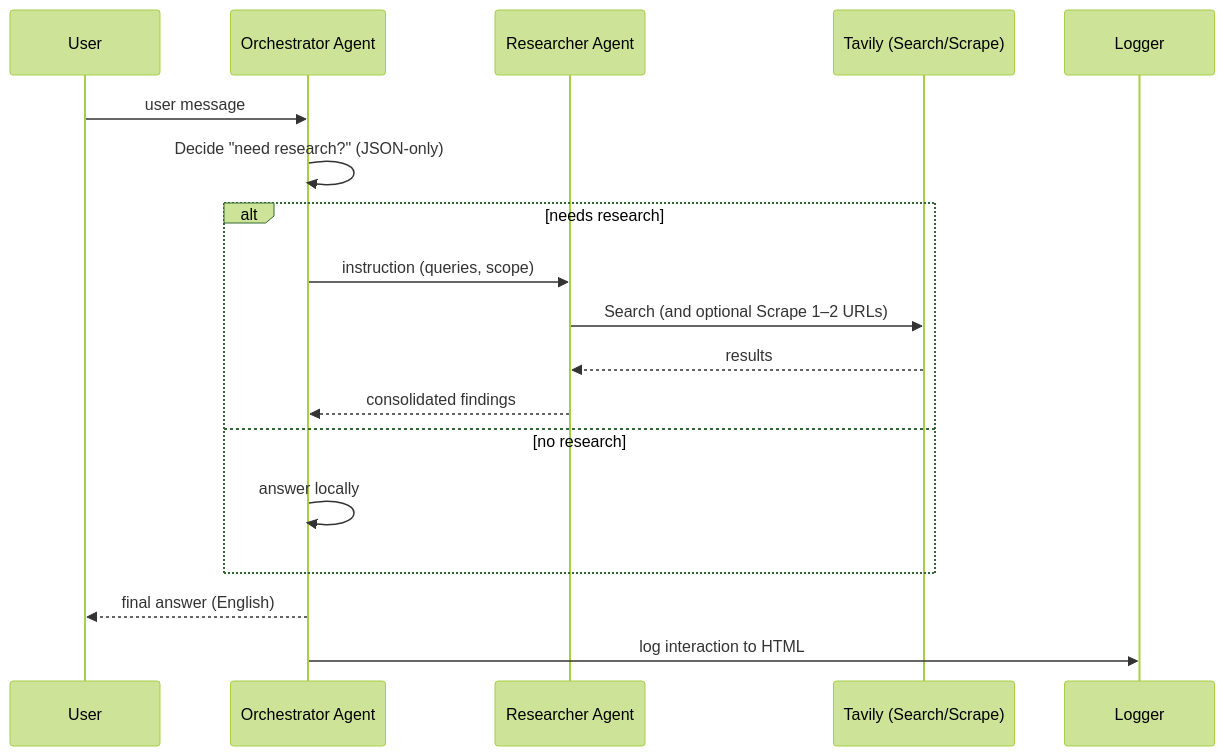
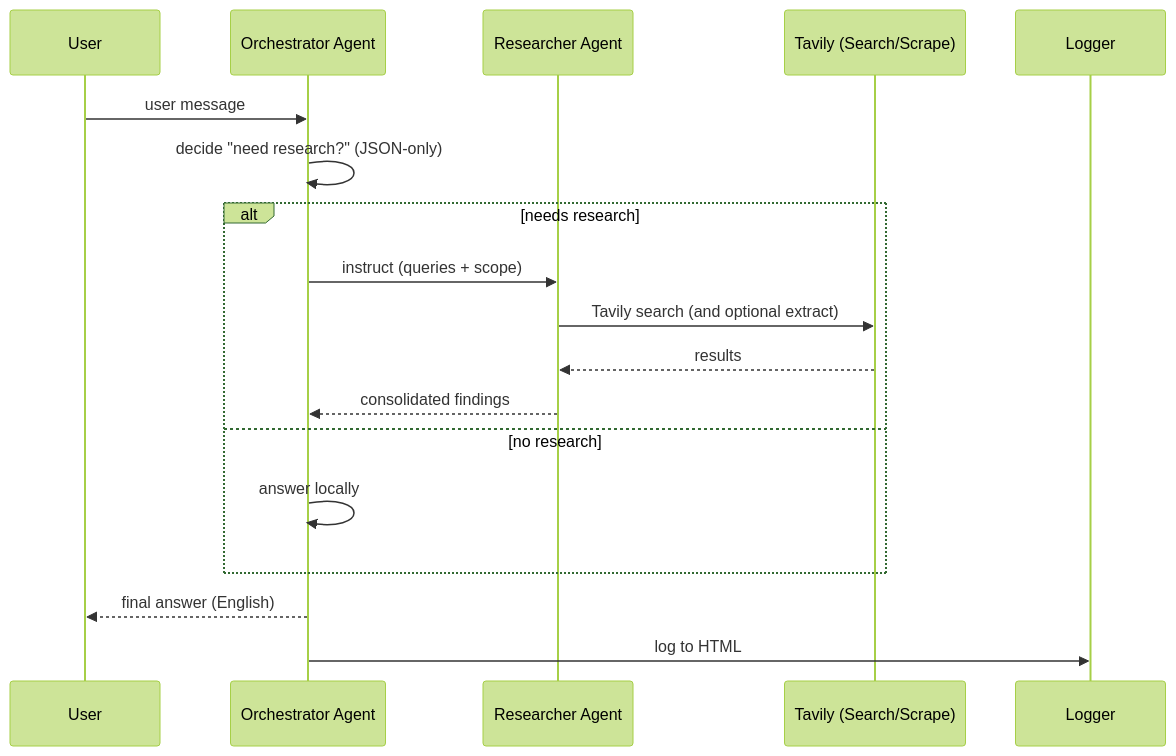
One commit to a59490/-Agent_workflow_researcher_SK_JI changed the diagram in README.md. Above: the diagram before and after it, drawn with Mermaid (forest theme). The commit also changed other lines of this file and 16 other files, not shown here.

````diff
--- a/README.md
+++ b/README.md
@@ -20,21 +19,21 @@
 ```mermaid
 sequenceDiagram
   participant U as User
   participant O as Orchestrator Agent
   participant R as Researcher Agent
   participant T as Tavily (Search/Scrape)
   participant L as Logger
 
   U->>O: user message
-  O->>O: Decide "need research?" (JSON-only)
+  O->>O: decide "need research?" (JSON-only)
   alt needs research
-    O->>R: instruction (queries, scope)
-    R->>T: Search (and optional Scrape 1–2 URLs)
+    O->>R: instruct (queries + scope)
+    R->>T: Tavily search (and optional extract)
     T-->>R: results
     R-->>O: consolidated findings
   else no research
     O->>O: answer locally
   end
   O-->>U: final answer (English)
-  O->>L: log interaction to HTML
+  O->>L: log to HTML
 ```
````
